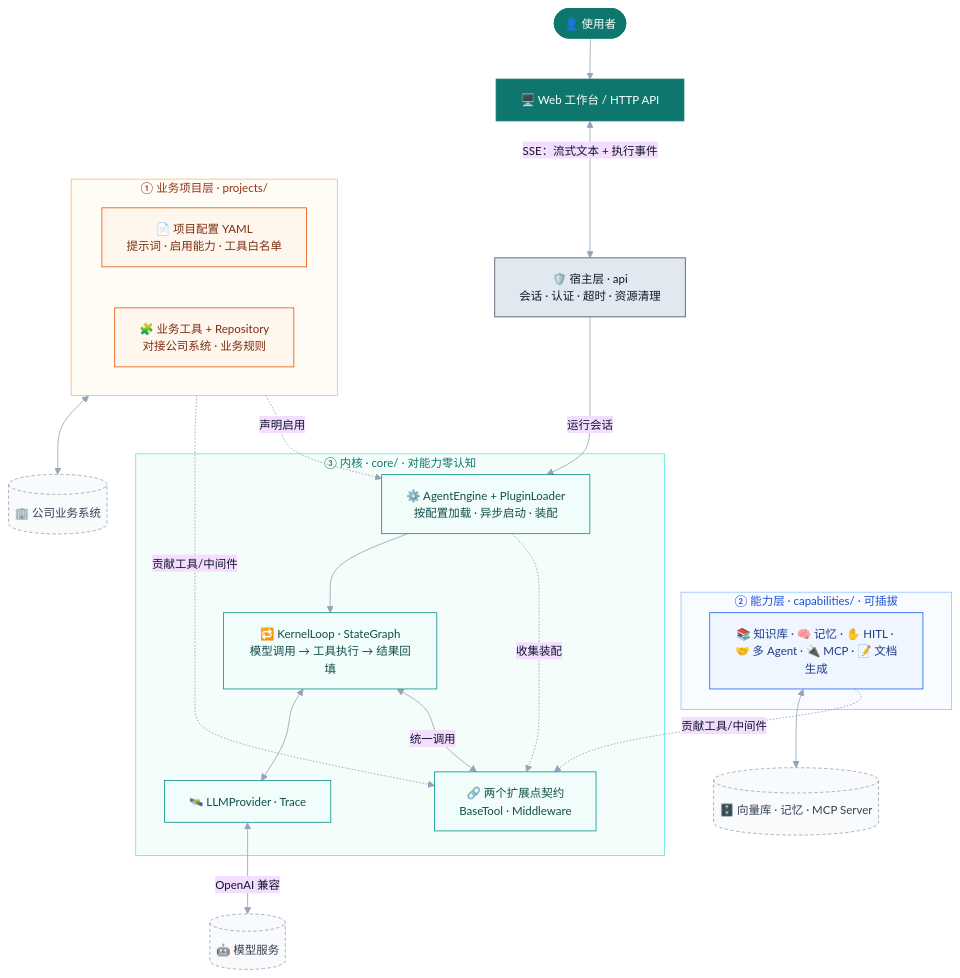
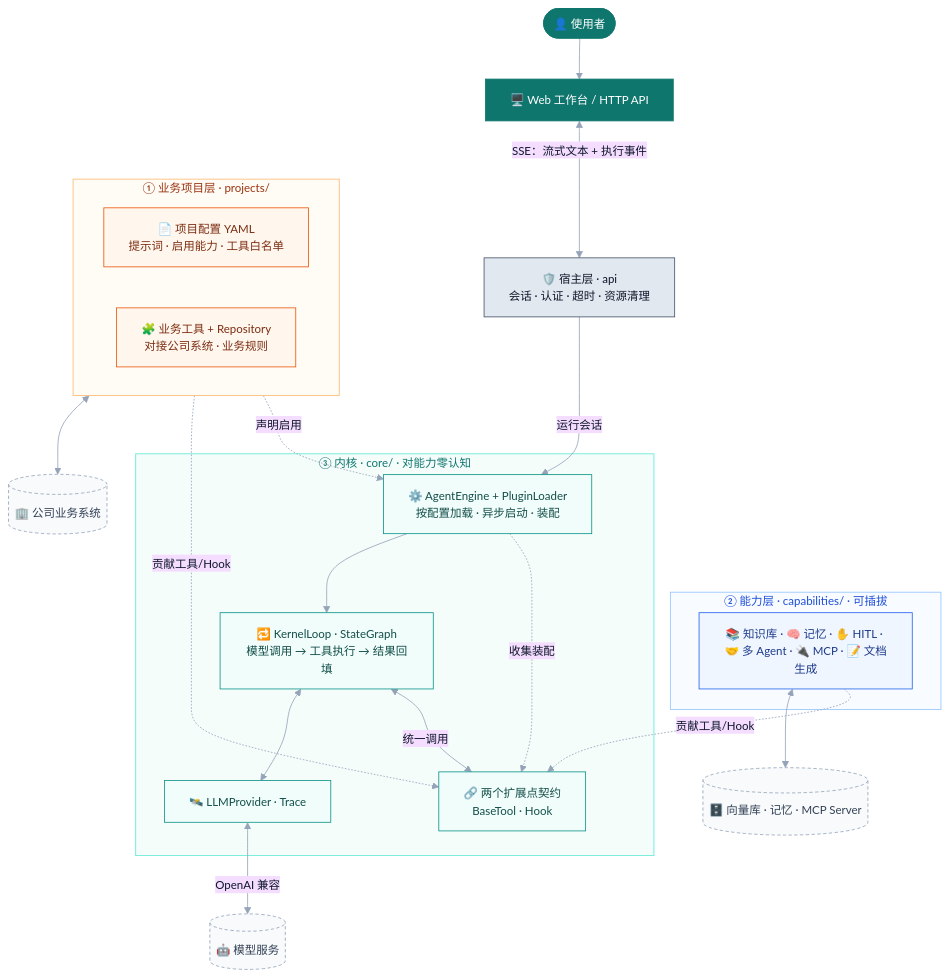
The diagram in README.md (yangzai-ai/aro), drawn with Mermaid before and after one commit. The commit also changed other lines of this file and 70 other files, not shown here.

Commit message:
refactor: 全局统一 Middleware 命名为 Hook

````diff
--- a/README.md
+++ b/README.md
@@ -62,53 +62,53 @@
 ```mermaid
 %%{init: {"theme": "base", "themeVariables": {"fontSize": "14px", "lineColor": "#94a3b8", "primaryTextColor": "#0f172a"}}}%%
 flowchart TB
     User(["👤 使用者"]) --> UI["🖥️ Web 工作台 / HTTP API"]
     UI <-->|"SSE：流式文本 + 执行事件"| Host["🛡️ 宿主层 · api<br/>会话 · 认证 · 超时 · 资源清理"]
 
     subgraph L3["① 业务项目层 · projects/"]
         direction LR
         Cfg["📄 项目配置 YAML<br/>提示词 · 启用能力 · 工具白名单"]
         Biz["🧩 业务工具 + Repository<br/>对接公司系统 · 业务规则"]
     end
 
     subgraph L2["② 能力层 · capabilities/ · 可插拔"]
         Caps["📚 知识库 · 🧠 记忆 · ✋ HITL · 🤝 多 Agent · 🔌 MCP · 📝 文档生成"]
     end
 
     subgraph L1["③ 内核 · core/ · 对能力零认知"]
         Engine["⚙️ AgentEngine + PluginLoader<br/>按配置加载 · 异步启动 · 装配"]
         Loop["🔁 KernelLoop · StateGraph<br/>模型调用 → 工具执行 → 结果回填"]
-        Ports["🔗 两个扩展点契约<br/>BaseTool · Middleware"]
+        Ports["🔗 两个扩展点契约<br/>BaseTool · Hook"]
         Prov["🛰️ LLMProvider · Trace"]
     end
 
     Cfg -.->|"声明启用"| Engine
-    Biz -.->|"贡献工具/中间件"| Ports
-    Caps -.->|"贡献工具/中间件"| Ports
+    Biz -.->|"贡献工具/Hook"| Ports
+    Caps -.->|"贡献工具/Hook"| Ports
     Engine -.->|"收集装配"| Ports
     Host -->|"运行会话"| Engine
     Engine --> Loop
     Loop <-->|"统一调用"| Ports
     Loop <--> Prov
     Prov <-->|"OpenAI 兼容"| Model[("🤖 模型服务")]
     Biz <--> Up[("🏢 公司业务系统")]
     Caps <--> Res[("🗄️ 向量库 · 记忆 · MCP Server")]
 
     classDef entry fill:#0f766e,stroke:#0f766e,color:#ffffff
     classDef host fill:#e2e8f0,stroke:#475569,color:#0f172a
     classDef biz fill:#fff7ed,stroke:#ea580c,color:#7c2d12
     classDef cap fill:#eff6ff,stroke:#2563eb,color:#1e3a8a
     classDef core fill:#f0fdfa,stroke:#0d9488,color:#134e4a
     classDef ext fill:#f8fafc,stroke:#94a3b8,color:#334155,stroke-dasharray:4 3
 
     class User,UI entry
     class Host host
     class Cfg,Biz biz
     class Caps cap
     class Engine,Loop,Ports,Prov core
     class Model,Up,Res ext
 
     style L3 fill:#fffbf5,stroke:#fdba74,color:#9a3412
     style L2 fill:#f8fbff,stroke:#93c5fd,color:#1d4ed8
     style L1 fill:#f5fdfb,stroke:#5eead4,color:#0f766e
 ```
````
